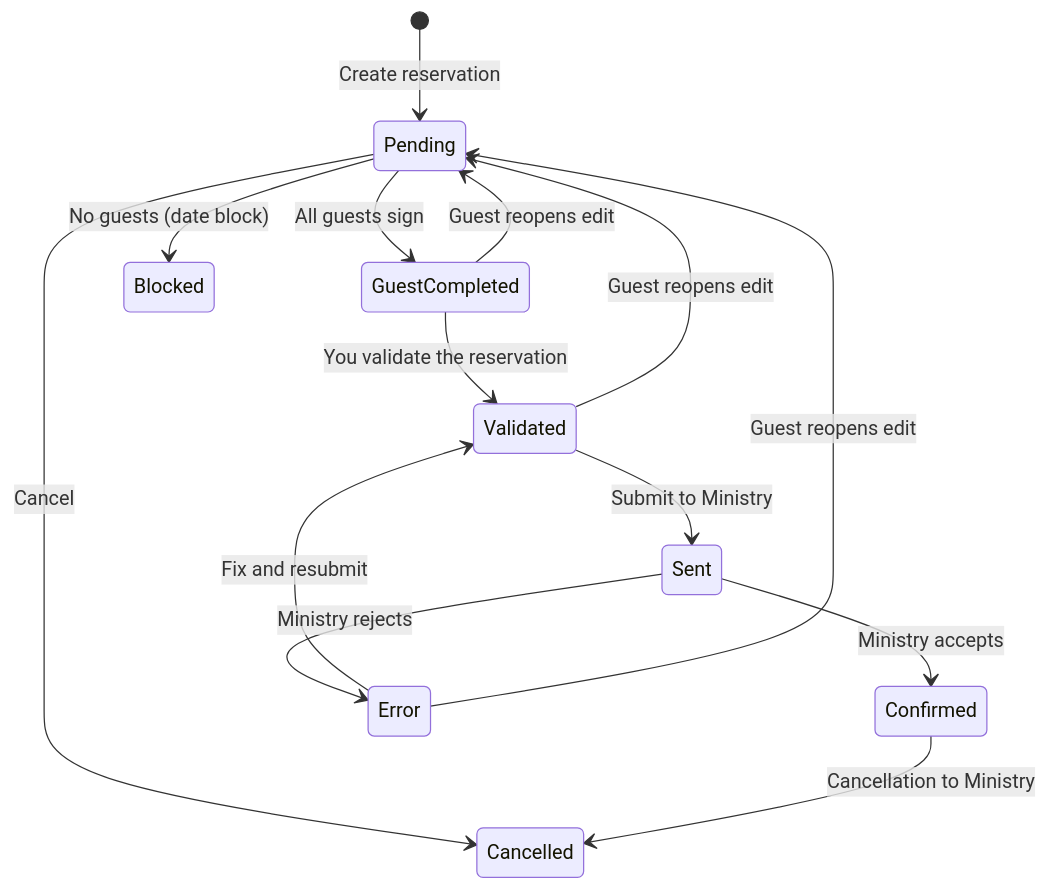
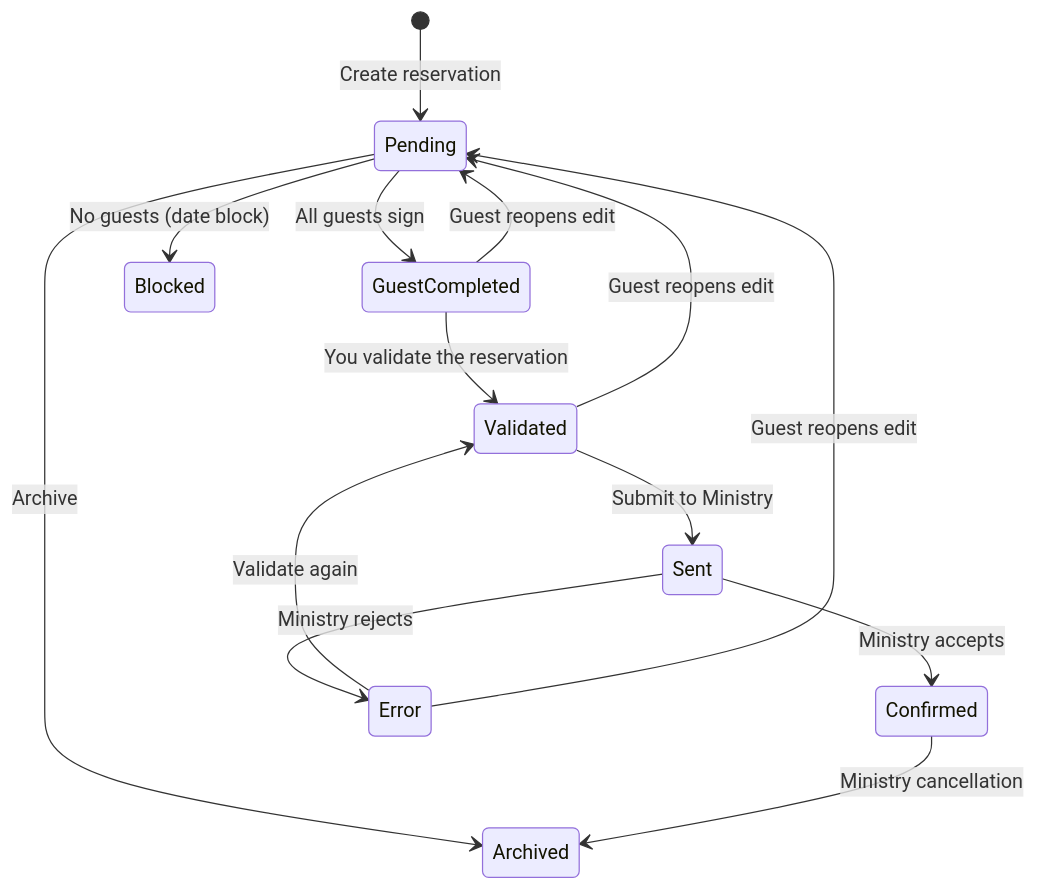
One commit to registroviajero/help changed the diagram in docs/en/reference/states.md. Above: the diagram before and after it, drawn with Mermaid. The commit also changed other lines of this file and 21 other files, not shown here.

````diff
--- a/docs/en/reference/states.md
+++ b/docs/en/reference/states.md
@@ -16,16 +16,16 @@
 ```mermaid
 stateDiagram-v2
   [*] --> Pending: Create reservation
   Pending --> GuestCompleted: All guests sign
-  Pending --> Cancelled: Cancel
+  Pending --> Archived: Archive
   Pending --> Blocked: No guests (date block)
   GuestCompleted --> Validated: You validate the reservation
   GuestCompleted --> Pending: Guest reopens edit
   Validated --> Sent: Submit to Ministry
   Validated --> Pending: Guest reopens edit
   Sent --> Confirmed: Ministry accepts
   Sent --> Error: Ministry rejects
-  Error --> Validated: Fix and resubmit
+  Error --> Validated: Validate again
   Error --> Pending: Guest reopens edit
-  Confirmed --> Cancelled: Cancellation to Ministry
+  Confirmed --> Archived: Ministry cancellation
 ```
````
